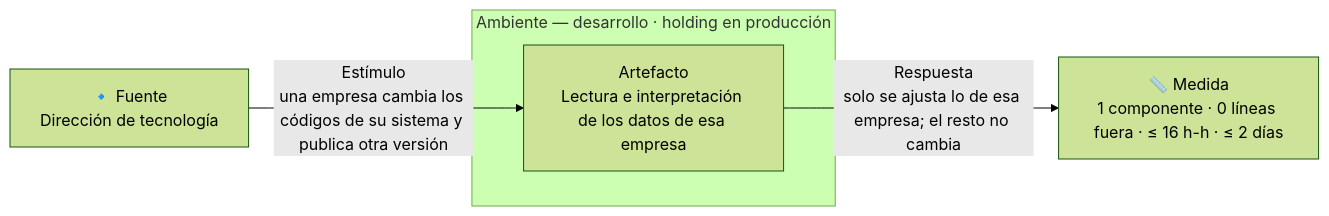
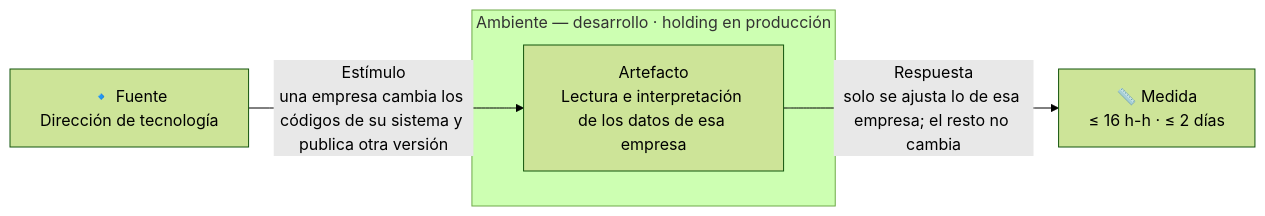
Before and after one commit to MATI-MBIT/arqsoft-reto-3: the fourth of 4 diagrams in docs/quality-attributes.md, drawn with Mermaid (forest theme). The commit also changed other lines of this file and 2 other files, not shown here.

````diff
--- a/docs/quality-attributes.md
+++ b/docs/quality-attributes.md
@@ -164,9 +158,9 @@
 ```mermaid
 flowchart LR
     F["🔹 Fuente<br/>Dirección de tecnología"]
     F -- "Estímulo<br/>una empresa cambia los códigos de su sistema y publica otra versión" --> A
     subgraph AMB["Ambiente — desarrollo · holding en producción"]
         A["Artefacto<br/>Lectura e interpretación de los datos de esa empresa"]
     end
-    A -- "Respuesta<br/>solo se ajusta lo de esa empresa; el resto no cambia" --> M["📏 Medida<br/>1 componente · 0 líneas fuera · ≤ 16 h-h · ≤ 2 días"]
+    A -- "Respuesta<br/>solo se ajusta lo de esa empresa; el resto no cambia" --> M["📏 Medida<br/>≤ 16 h-h · ≤ 2 días"]
 ```
````
